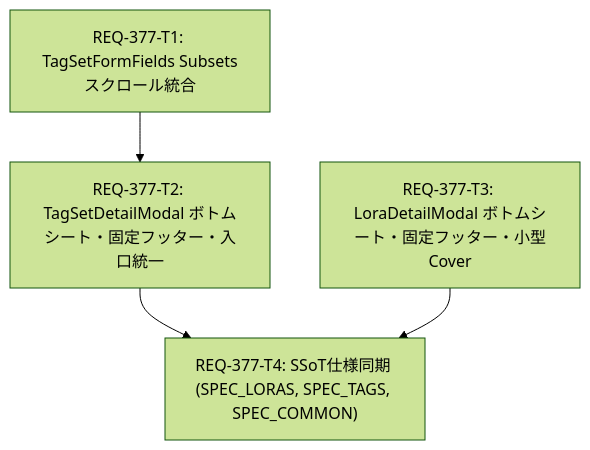
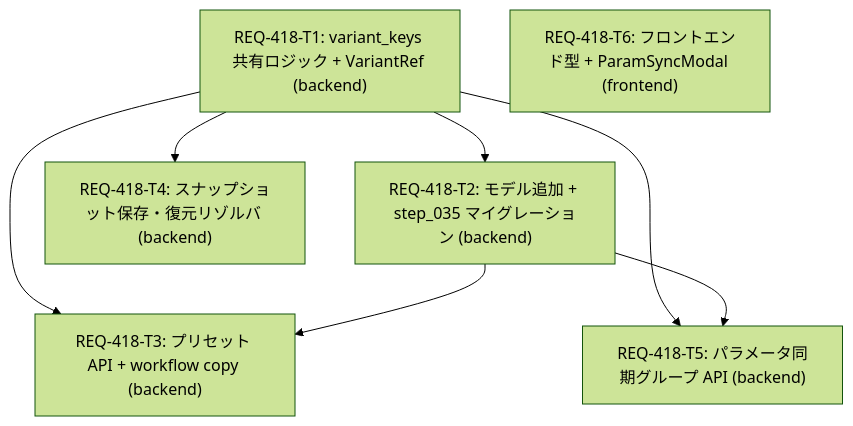
The diagram in implementation_plan.md (TAKE4548/comfy-create-helper2), drawn with Mermaid (forest theme) before and after one commit. The commit also changed other lines of this file and 34 other files, not shown here.

Commit message:
refactor(presets): プリセット・スナップショット・同期グループの role 参照から variant_id 参照への移行 (REQ-418)

````diff
--- a/implementation_plan.md
+++ b/implementation_plan.md
@@ -40,7 +72,10 @@
 ```mermaid
 graph TD
-  REQ-377-T1["REQ-377-T1: TagSetFormFields Subsetsスクロール統合"] --> REQ-377-T2["REQ-377-T2: TagSetDetailModal ボトムシート・固定フッター・入口統一"]
-  REQ-377-T3["REQ-377-T3: LoraDetailModal ボトムシート・固定フッター・小型Cover"]
-  REQ-377-T2 --> REQ-377-T4["REQ-377-T4: SSoT仕様同期 (SPEC_LORAS, SPEC_TAGS, SPEC_COMMON)"]
-  REQ-377-T3 --> REQ-377-T4
+  REQ-418-T1["REQ-418-T1: variant_keys 共有ロジック + VariantRef (backend)"] --> REQ-418-T2["REQ-418-T2: モデル追加 + step_035 マイグレーション (backend)"]
+  REQ-418-T1 --> REQ-418-T4["REQ-418-T4: スナップショット保存・復元リゾルバ (backend)"]
+  REQ-418-T1 --> REQ-418-T3["REQ-418-T3: プリセット API + workflow copy (backend)"]
+  REQ-418-T1 --> REQ-418-T5["REQ-418-T5: パラメータ同期グループ API (backend)"]
+  REQ-418-T2 --> REQ-418-T3
+  REQ-418-T2 --> REQ-418-T5
+  REQ-418-T6["REQ-418-T6: フロントエンド型 + ParamSyncModal (frontend)"]
 ```
````
